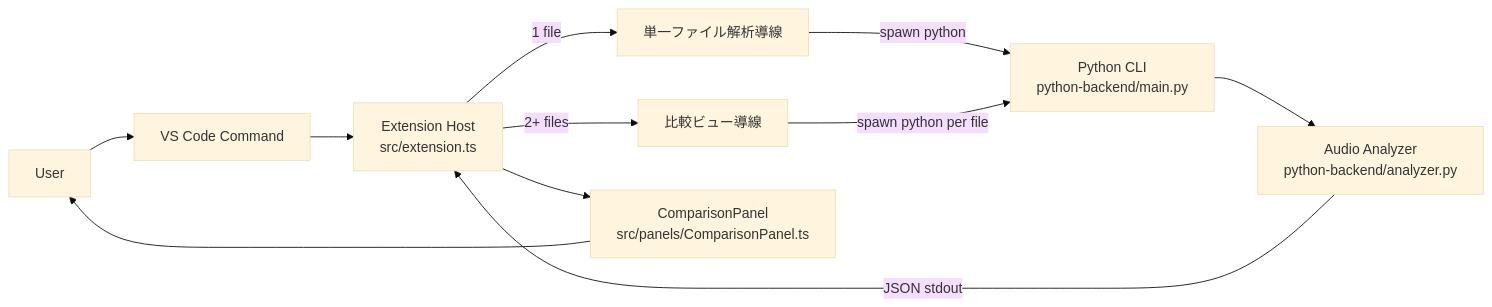
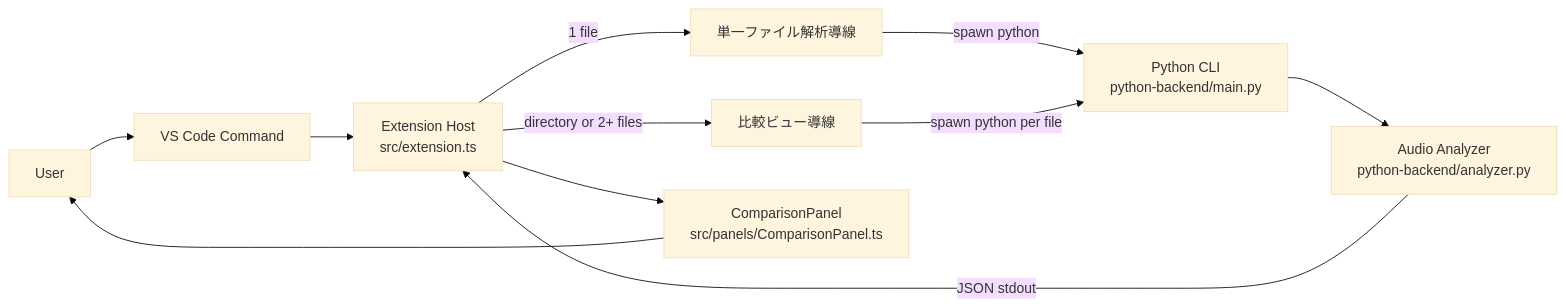
Before and after one commit to kasahart/audio-wandas-analyzer: the first of 3 diagrams in docs/architecture.md, drawn with Mermaid (base theme). The commit also changed other lines of this file and 16 other files, not shown here.

Commit message:
Implement directory selection startup flow

````diff
--- a/docs/architecture.md
+++ b/docs/architecture.md
@@ -18,15 +18,15 @@
 ```mermaid
 flowchart LR
   User[User] --> Command[VS Code Command]
   Command --> Extension[Extension Host\nsrc/extension.ts]
 
   Extension -->|1 file| Single[単一ファイル解析導線]
-  Extension -->|2+ files| Compare[比較ビュー導線]
+  Extension -->|directory or 2+ files| Compare[比較ビュー導線]
 
   Single -->|spawn python| BackendCLI[Python CLI\npython-backend/main.py]
   Compare -->|spawn python per file| BackendCLI
   BackendCLI --> Analyzer[Audio Analyzer\npython-backend/analyzer.py]
   Analyzer -->|JSON stdout| Extension
   Extension --> Panel[ComparisonPanel\nsrc/panels/ComparisonPanel.ts]
   Panel --> User
 ```
````
